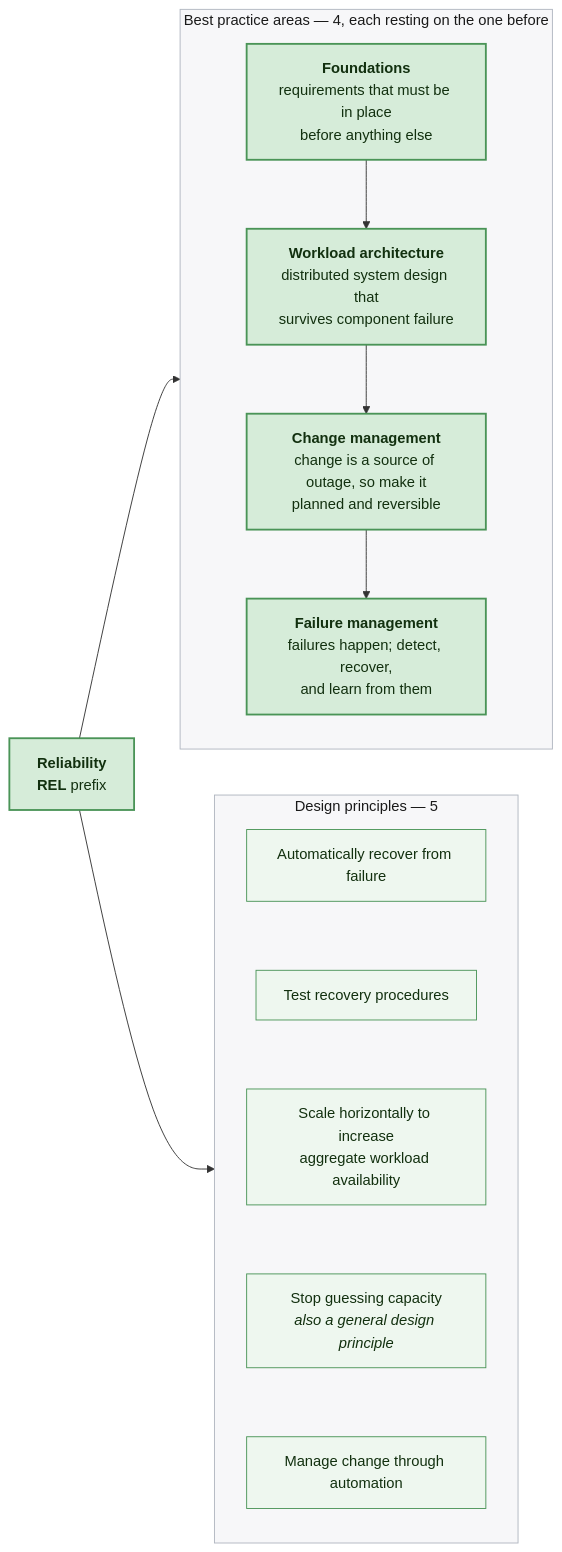
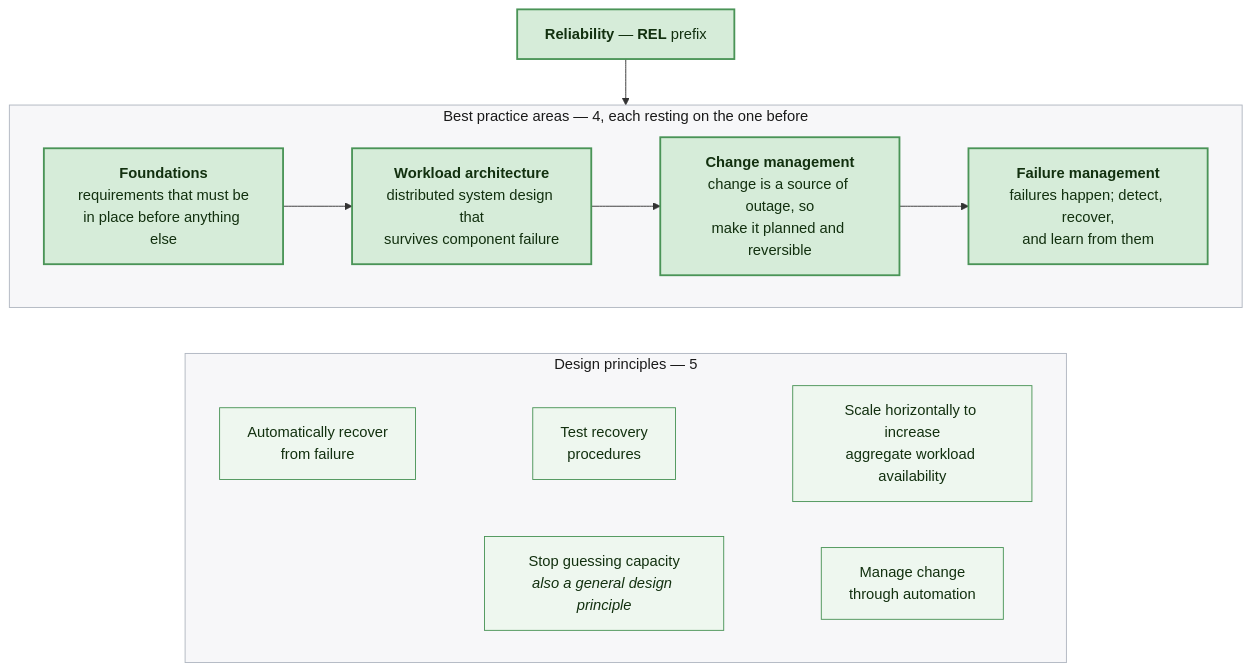
The seventh of 10 diagrams in well-architected/diagrams.md (toddcooke/learn), drawn with Mermaid before and after one commit. The commit also changed other lines of this file, not shown here.

First line of the commit message:
fix: lay out the diagrams to fit a 13.3in screen

````diff
--- a/well-architected/diagrams.md
+++ b/well-architected/diagrams.md
@@ -369,33 +353,25 @@
 ```mermaid
-flowchart LR
-    REL["<b>Reliability</b><br/><b>REL</b> prefix"]
+flowchart TB
+    REL["<b>Reliability</b> — <b>REL</b> prefix"]
 
     subgraph BPA["Best practice areas — 4, each resting on the one before"]
-        direction TB
-        A1["<b>Foundations</b><br/>requirements that must be in place<br/>before anything else"]
-        A2["<b>Workload architecture</b><br/>distributed system design that<br/>survives component failure"]
-        A3["<b>Change management</b><br/>change is a source of outage, so make it<br/>planned and reversible"]
-        A4["<b>Failure management</b><br/>failures happen; detect, recover,<br/>and learn from them"]
-        A1 --> A2 --> A3 --> A4
+        direction LR
+        A1["<b>Foundations</b><br/>requirements that must be<br/>in place before anything else"] --> A2["<b>Workload architecture</b><br/>distributed system design that<br/>survives component failure"] --> A3["<b>Change management</b><br/>change is a source of outage, so<br/>make it planned and reversible"] --> A4["<b>Failure management</b><br/>failures happen; detect, recover,<br/>and learn from them"]
     end
 
     subgraph DP["Design principles — 5"]
-        direction TB
-        P1["Automatically recover from failure"]
-        P2["Test recovery procedures"]
-        P3["Scale horizontally to increase<br/>aggregate workload availability"]
-        P4["Stop guessing capacity<br/><i>also a general design principle</i>"]
-        P5["Manage change through automation"]
-        P1 ~~~ P2 ~~~ P3 ~~~ P4 ~~~ P5
+        direction LR
+        P1["Automatically recover<br/>from failure"] ~~~ P2["Test recovery<br/>procedures"] ~~~ P3["Scale horizontally to increase<br/>aggregate workload availability"]
+        P4["Stop guessing capacity<br/><i>also a general design principle</i>"] ~~~ P5["Manage change<br/>through automation"]
     end
 
     REL --> BPA
-    REL --> DP
+    BPA ~~~ DP
 
     classDef rel fill:#d6ecd9,stroke:#4a9457,stroke-width:2px,color:#12300f
     classDef rellight fill:#eef7ef,stroke:#4a9457,stroke-width:1px,color:#12300f
     classDef sub fill:#f7f7f9,stroke:#b0b6c0,stroke-width:1px,color:#1a1a1a
     class REL,A1,A2,A3,A4 rel
     class P1,P2,P3,P4,P5 rellight
     class BPA,DP sub
 ```
````
